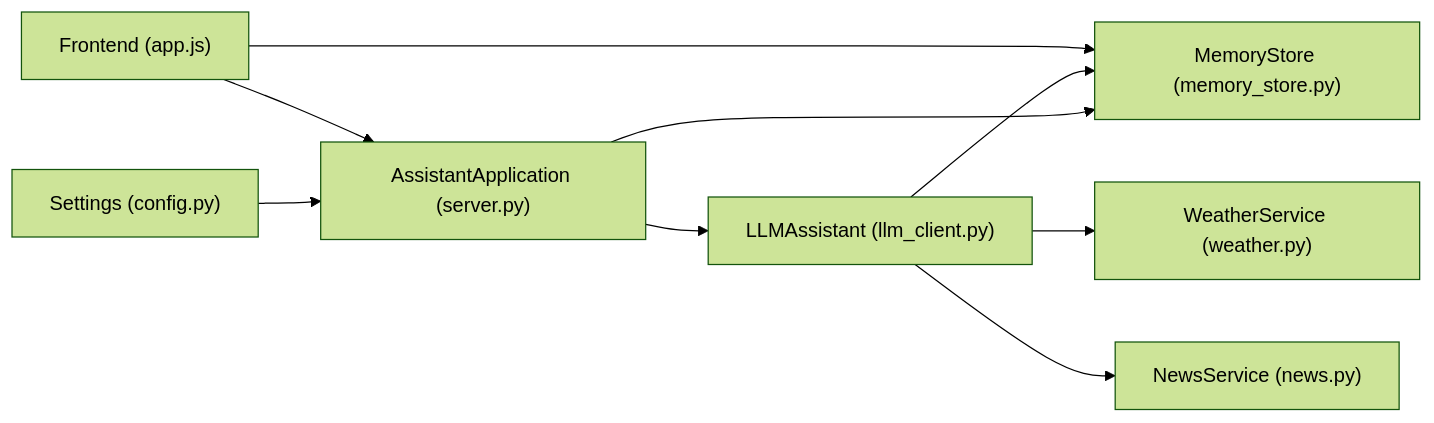
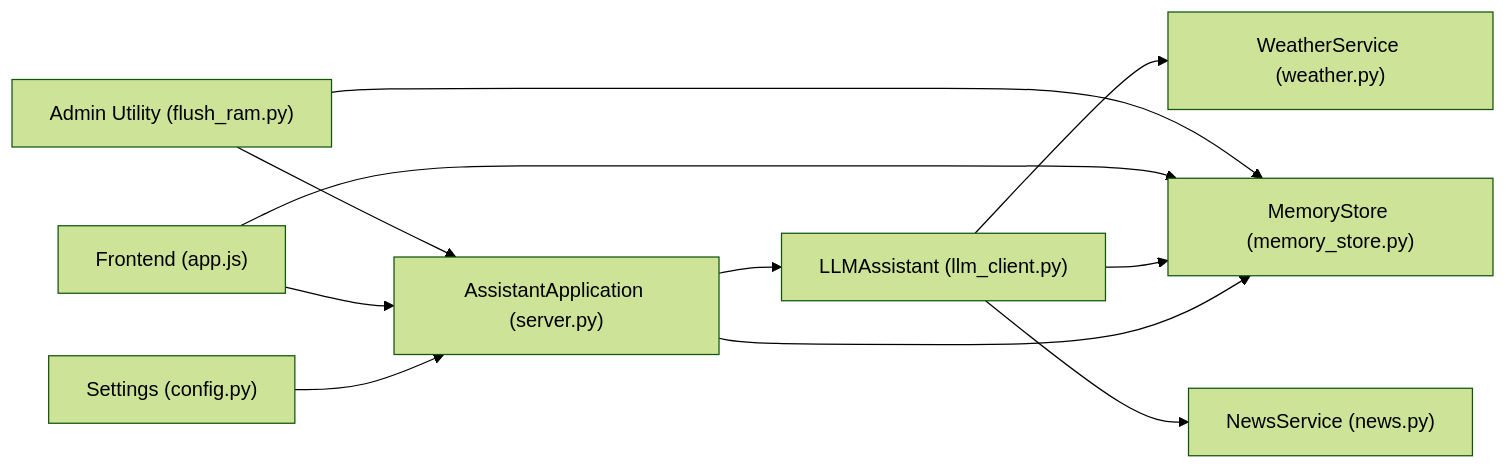
Diagram 11 of 11 in .qoder/repowiki/en/content/Backend Components/AI Assistant Engine/Memory Integration and Data Persistence.md (Sovetsky-Soyuz/AI-Assistant), drawn with Mermaid (forest theme) before and after one commit. The commit also changed other lines of this file and 15 other files, not shown here.

````diff
--- a/.qoder/repowiki/en/content/Backend Components/AI Assistant Engine/Memory Integration and Data Persistence.md
+++ b/.qoder/repowiki/en/content/Backend Components/AI Assistant Engine/Memory Integration and Data Persistence.md
@@ -486,11 +621,13 @@
 ```mermaid
 graph LR
 CFG["Settings (config.py)"] --> SRV["AssistantApplication (server.py)"]
 SRV --> MS["MemoryStore (memory_store.py)"]
 SRV --> LLM["LLMAssistant (llm_client.py)"]
 LLM --> MS
 LLM --> W["WeatherService (weather.py)"]
 LLM --> N["NewsService (news.py)"]
 FRONT["Frontend (app.js)"] --> SRV
 FRONT --> MS
+ADMIN["Admin Utility (flush_ram.py)"] --> SRV
+ADMIN --> MS
 ```
````
